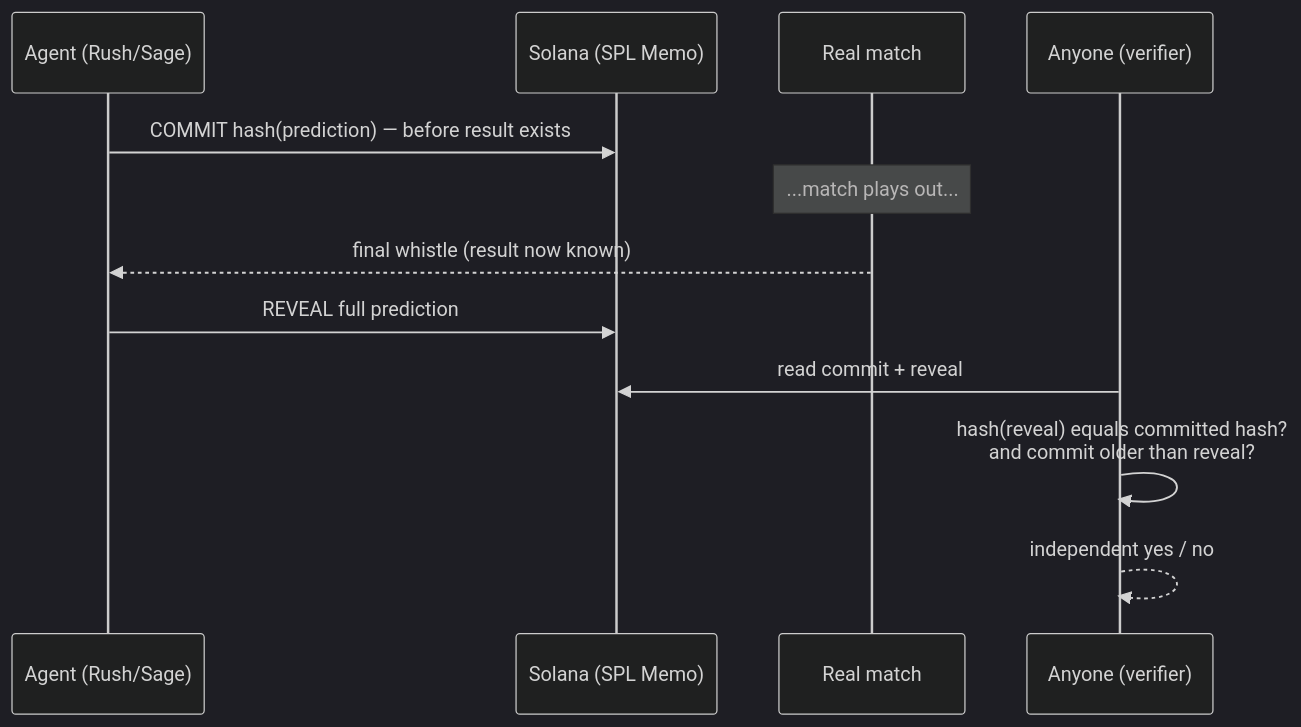
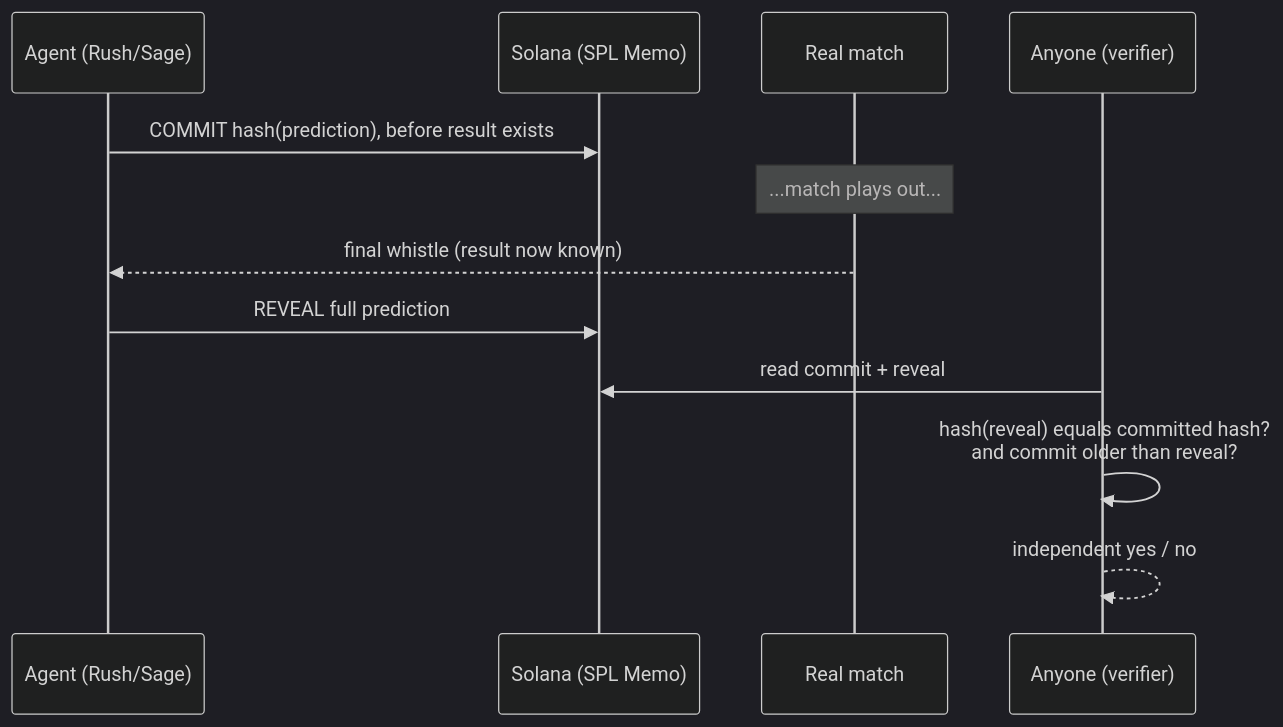
Before and after one commit to ceciliagalvaoo/sentinel-arena: the diagram in docs-site/docs/criteria-innovation.md, drawn with Mermaid (dark theme). The commit also changed 13 other files, not shown here.

````diff
--- a/docs-site/docs/criteria-innovation.md
+++ b/docs-site/docs/criteria-innovation.md
@@ -23,14 +23,14 @@
 ```mermaid
 sequenceDiagram
     participant A as Agent (Rush/Sage)
     participant S as Solana (SPL Memo)
     participant M as Real match
     participant V as Anyone (verifier)
-    A->>S: COMMIT hash(prediction) — before result exists
+    A->>S: COMMIT hash(prediction), before result exists
     Note over M: ...match plays out...
     M-->>A: final whistle (result now known)
     A->>S: REVEAL full prediction
     V->>S: read commit + reveal
     V->>V: hash(reveal) equals committed hash?<br/>and commit older than reveal?
     V-->>V: independent yes / no
 ```
````
